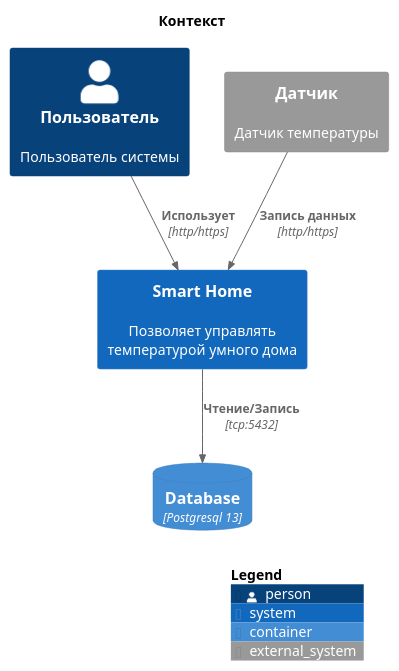
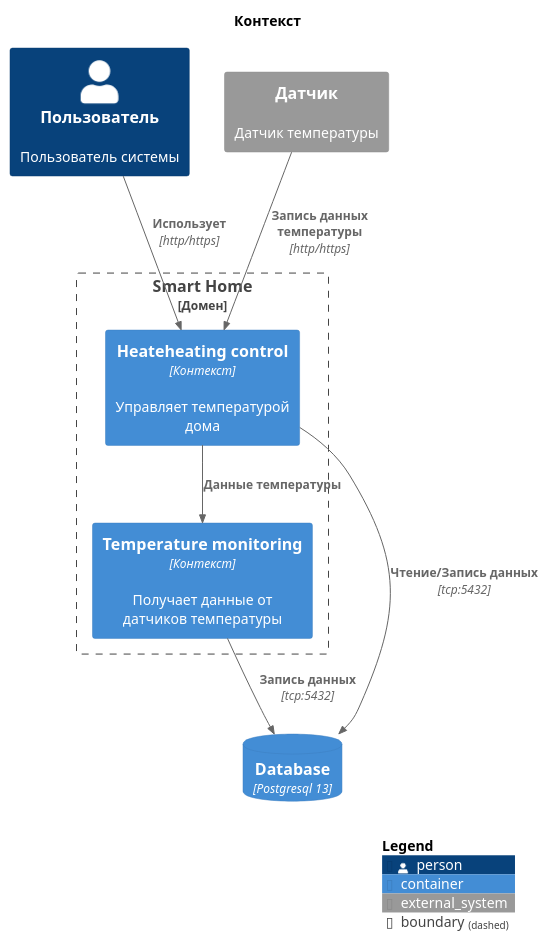
The diagram in task_1.1.puml (tomintaiga/architecture-sprint-3), drawn with PlantUML before and after one commit. The commit also changed 1 other file, not shown here.

```diff
--- a/task_1.1.puml
+++ b/task_1.1.puml
@@ -1,20 +1,25 @@
 @startuml
 !include https://raw.githubusercontent.com/plantuml-stdlib/C4-PlantUML/master/C4_Context.puml
 !include https://raw.githubusercontent.com/plantuml-stdlib/C4-PlantUML/master/C4_Container.puml
 
 title Контекст
 
 Person(user, "Пользователь", "Пользователь системы")
 
+Boundary(smart_home, "Smart Home", "Домен") {
+    Container(heating_control, "Heateheating control", "Контекст", "Управляет температурой дома")
+    Container(temperature_monitoring, "Temperature monitoring", "Контекст", "Получает данные от датчиков температуры")
+}
 
 ContainerDb(db, "Database", "Postgresql 13")
-System(smarthome, "Smart Home", "Позволяет управлять температурой умного дома")
 System_Ext(sensor, "Датчик", "Датчик температуры")
 
 
-Rel(user, smarthome, "Использует", "http/https")
-Rel(smarthome, db, "Чтение/Запись", "tcp:5432")
-Rel(sensor, smarthome, "Запись данных", "http/https")
+Rel(user, heating_control, "Использует", "http/https")
+Rel(heating_control, db, "Чтение/Запись данных", "tcp:5432")
+Rel(sensor, heating_control, "Запись данных температуры", "http/https")
+Rel(heating_control, temperature_monitoring, "Данные температуры")
+Rel(temperature_monitoring, db, "Запись данных", "tcp:5432")
 
 SHOW_LEGEND()
 @enduml
```
